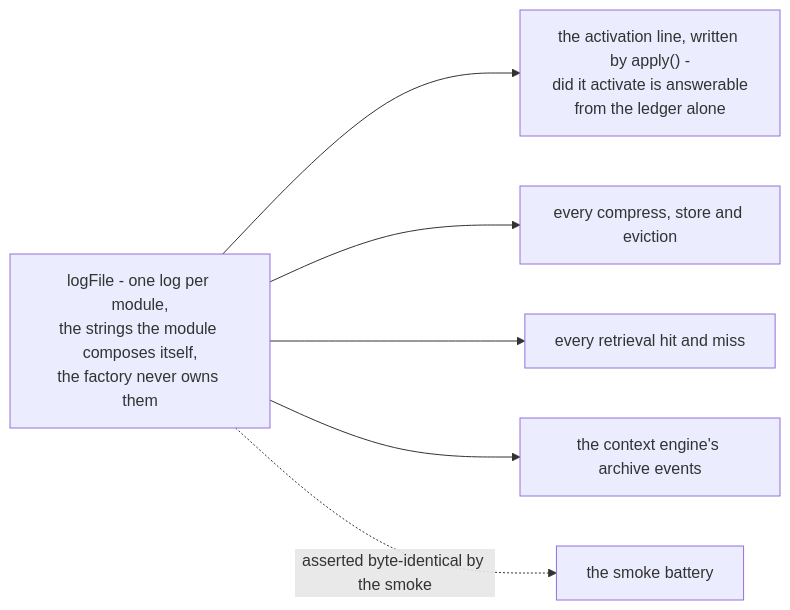
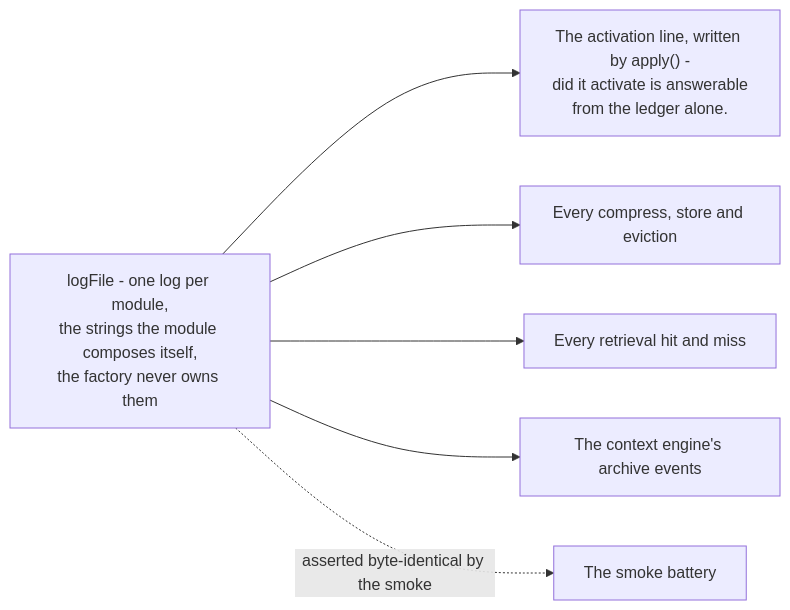
The diagram in Source/Content/Mermaid/ccr-ledger-log.mmd (PlayForm/Site-DeepSeek), drawn with Mermaid before and after one commit. The commit also changed 108 other files, not shown here.

```diff
--- a/Source/Content/Mermaid/ccr-ledger-log.mmd
+++ b/Source/Content/Mermaid/ccr-ledger-log.mmd
@@ -1,7 +1,7 @@
 flowchart LR
 	LOG["logFile - one log per module,<br/>the strings the module composes itself,<br/>the factory never owns them"]
-	LOG --> ACT["the activation line, written by apply() -<br/>did it activate is answerable<br/>from the ledger alone"]
-	LOG --> OPS["every compress, store and eviction"]
-	LOG --> RETR["every retrieval hit and miss"]
-	LOG --> ENG["the context engine's archive events"]
-	LOG -. "asserted byte-identical by the smoke" .-> SMOKE["the smoke battery"]
+	LOG --> ACT["The activation line, written by apply() -<br/>did it activate is answerable<br/>from the ledger alone."]
+	LOG --> OPS["Every compress, store and eviction"]
+	LOG --> RETR["Every retrieval hit and miss"]
+	LOG --> ENG["The context engine's archive events"]
+	LOG -. "asserted byte-identical by the smoke" .-> SMOKE["The smoke battery"]
```
